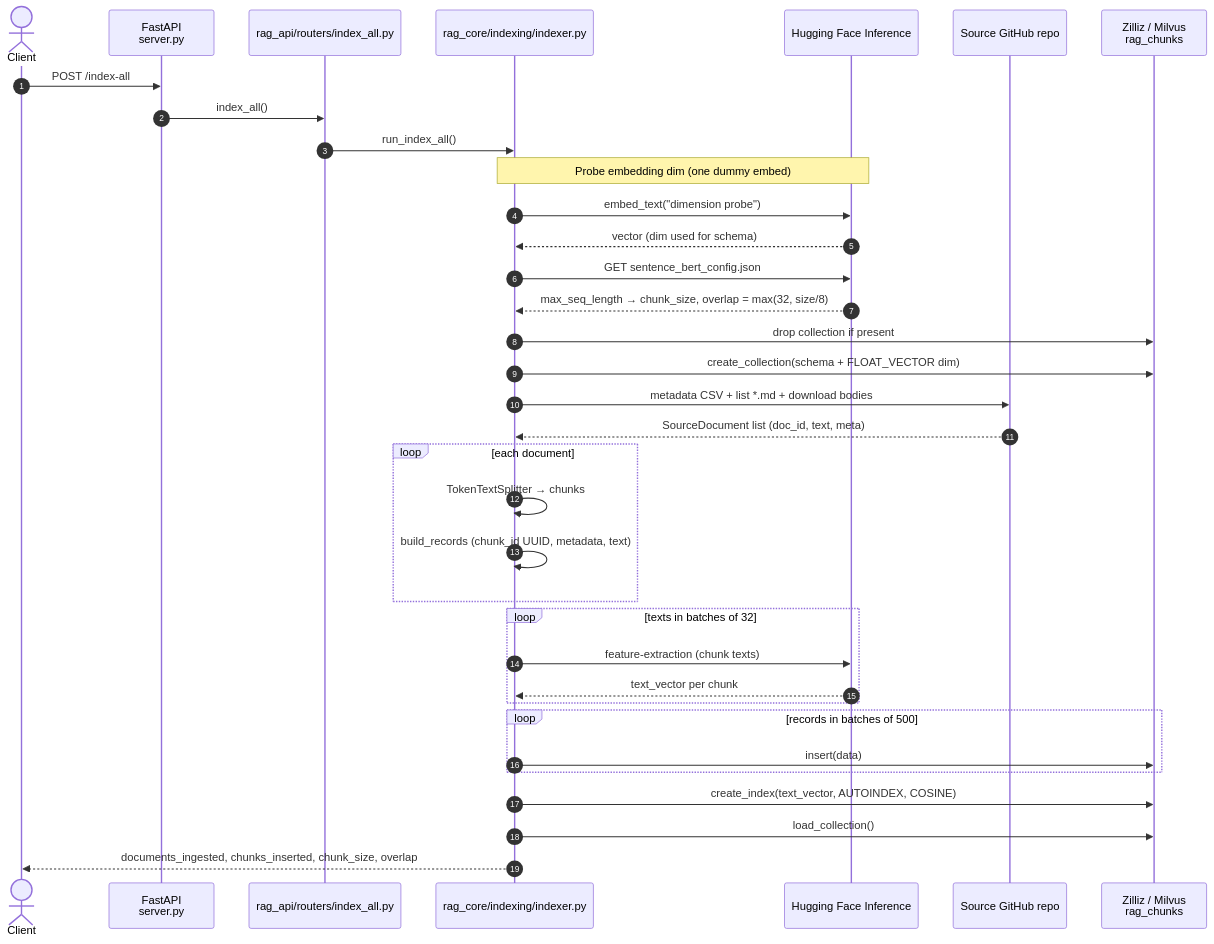
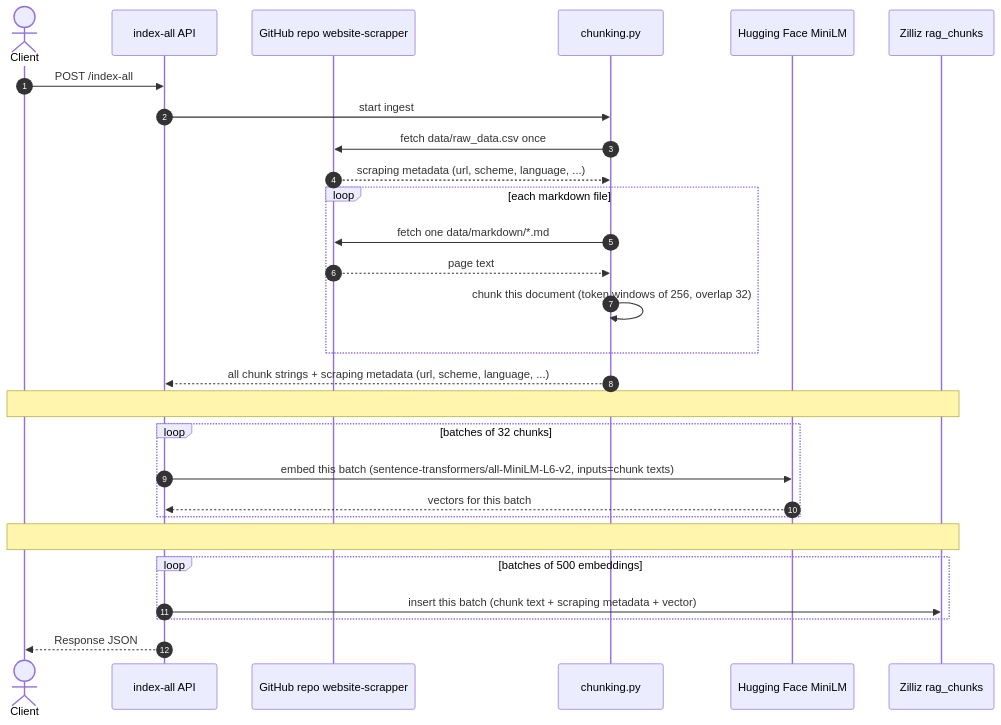
One commit to harshkumar1/startup-funding-rag changed the first of 4 diagrams in impl/flow_diagram.md. Above: the diagram before and after it, drawn with Mermaid. The commit also changed other lines of this file and 9 other files, not shown here.

Commit message:
fixing reranking and flow diagrams

````diff
--- a/impl/flow_diagram.md
+++ b/impl/flow_diagram.md
@@ -21,46 +21,36 @@
 ```mermaid
 sequenceDiagram
     autonumber
     actor Client
-    participant API as FastAPI<br/>server.py
-    participant Router as rag_api/routers/index_all.py
-    participant Indexer as rag_core/indexing/indexer.py
-    participant HF as Hugging Face Inference
-    participant GitHub as Source GitHub repo
-    participant Zilliz as Zilliz / Milvus<br/>rag_chunks
+    participant API as index-all API
+    participant GitHub as GitHub repo website-scrapper
+    participant Chunk as chunking.py
+    participant HF as Hugging Face MiniLM
+    participant Zilliz as Zilliz rag_chunks
 
     Client->>API: POST /index-all
-    API->>Router: index_all()
-    Router->>Indexer: run_index_all()
-
-    Note over Indexer,HF: Probe embedding dim (one dummy embed)
-    Indexer->>HF: embed_text("dimension probe")
-    HF-->>Indexer: vector (dim used for schema)
-
-    Indexer->>HF: GET sentence_bert_config.json
-    HF-->>Indexer: max_seq_length → chunk_size, overlap = max(32, size/8)
-
-    Indexer->>Zilliz: drop collection if present
-    Indexer->>Zilliz: create_collection(schema + FLOAT_VECTOR dim)
-
-    Indexer->>GitHub: metadata CSV + list *.md + download bodies
-    GitHub-->>Indexer: SourceDocument list (doc_id, text, meta)
-
-    loop each document
-        Indexer->>Indexer: TokenTextSplitter → chunks
-        Indexer->>Indexer: build_records (chunk_id UUID, metadata, text)
+    API->>Chunk: start ingest
+    Chunk->>GitHub: fetch data/raw_data.csv once
+    GitHub-->>Chunk: scraping metadata (url, scheme, language, ...)
+    loop each markdown file
+        Chunk->>GitHub: fetch one data/markdown/*.md
+        GitHub-->>Chunk: page text
+        Chunk->>Chunk: chunk this document (token windows of 256, overlap 32)
     end
 
-    loop texts in batches of 32
-        Indexer->>HF: feature-extraction (chunk texts)
-        HF-->>Indexer: text_vector per chunk
+    Chunk-->>API: all chunk strings + scraping metadata (url, scheme, language, ...)
+
+    Note over Client,Zilliz: 
+
+    loop batches of 32 chunks
+        API->>HF: embed this batch (sentence-transformers/all-MiniLM-L6-v2, inputs=chunk texts)
+        HF-->>API: vectors for this batch
     end
 
-    loop records in batches of 500
-        Indexer->>Zilliz: insert(data)
+    Note over Client,Zilliz: 
+
+    loop batches of 500 embeddings
+        API->>Zilliz: insert this batch (chunk text + scraping metadata + vector)
     end
-
-    Indexer->>Zilliz: create_index(text_vector, AUTOINDEX, COSINE)
-    Indexer->>Zilliz: load_collection()
-    Indexer-->>Client: documents_ingested, chunks_inserted, chunk_size, overlap
+    API-->>Client: Response JSON
 ```
````
